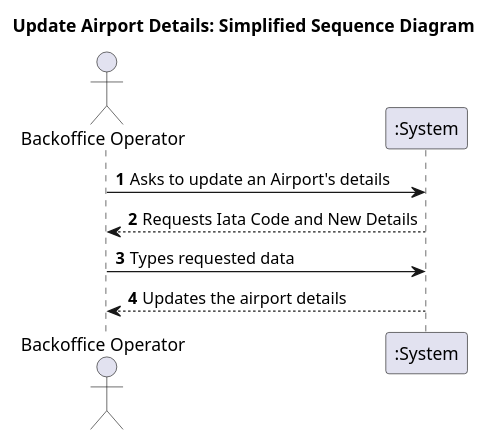
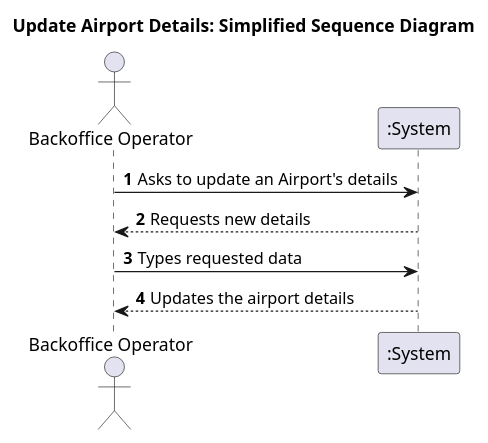
The diagram in docs/system-documentation/WP#2B/US208/US208_SSD/US208_SSD.puml (miguelsiilva1/PSOFT_1241008_1241131_1200858_1210977), drawn with PlantUML before and after one commit. The commit also changed 39 other files, not shown here.

```diff
--- a/docs/system-documentation/WP#2B/US208/US208_SSD/US208_SSD.puml
+++ b/docs/system-documentation/WP#2B/US208/US208_SSD/US208_SSD.puml
@@ -1,17 +1,17 @@
 @startuml
 'https://plantuml.com/sequence-diagram
 
 autonumber
 
 title Update Airport Details: Simplified Sequence Diagram
 
 actor "Backoffice Operator" as BO
 participant ":System" as S
 
 BO -> S: Asks to update an Airport's details
-S --> BO: Requests Iata Code and New Details
+S --> BO: Requests new details
 
 BO -> S: Types requested data
 S --> BO: Updates the airport details
 
 @enduml
```
